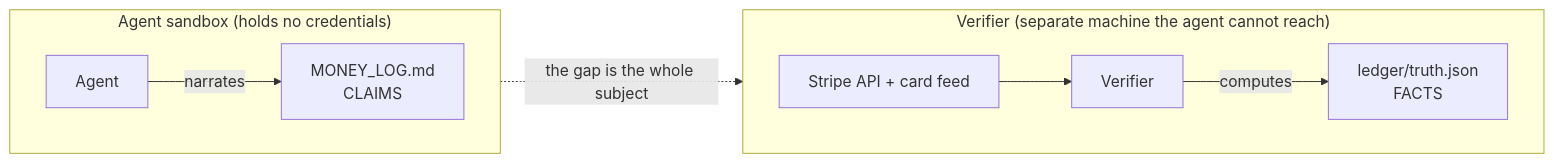
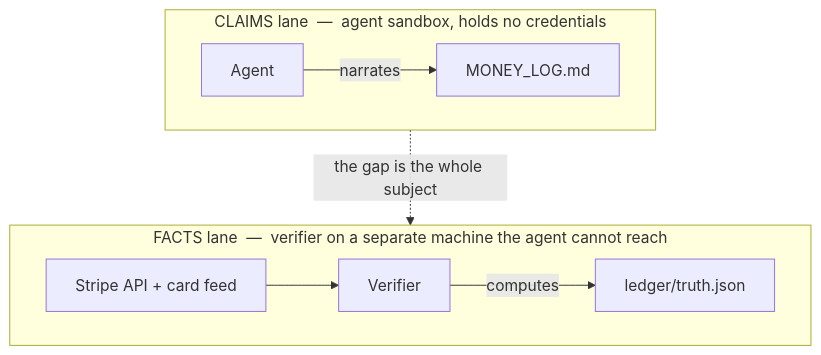
One commit to ImmortalDemonGod/money-agent changed the diagram in .github/assets/invariant.mmd. Above: the diagram before and after it, drawn with Mermaid. The commit also changed 1 other file, not shown here.

Commit message:
README diagram: re-render readable (taller two-lane, larger font)
The prior invariant.png was a ~10:1-wide ribbon, so at width=900 the text
downscaled to ~87px tall and was unreadable. Re-render as a stacked two-lane
layout (CLAIMS lane over FACTS lane, dotted "the gap" connector) at 26px
monospace: 1568x698, which displays ~900x400 and reads clearly.

Claude-Session: https://claude.ai/code/session_014Hq5vD47gAUMgtKtNvVi5X

```diff
--- a/.github/assets/invariant.mmd
+++ b/.github/assets/invariant.mmd
@@ -1,11 +1,10 @@
-flowchart LR
-    subgraph SANDBOX["Agent sandbox (holds no credentials)"]
+flowchart TB
+    subgraph CLAIMS["CLAIMS lane &nbsp;&mdash;&nbsp; agent sandbox, holds no credentials"]
         direction LR
-        A["Agent"] -->|narrates| C["MONEY_LOG.md<br/>CLAIMS"]
+        A["Agent"] -->|narrates| C["MONEY_LOG.md"]
     end
-    subgraph OUTSIDE["Verifier (separate machine the agent cannot reach)"]
+    subgraph FACTS["FACTS lane &nbsp;&mdash;&nbsp; verifier on a separate machine the agent cannot reach"]
         direction LR
-        S["Stripe API + card feed"] --> V["Verifier"]
-        V -->|computes| T["ledger/truth.json<br/>FACTS"]
+        S["Stripe API + card feed"] --> V["Verifier"] -->|computes| T["ledger/truth.json"]
     end
-    C -.->|the gap is the whole subject| T
+    C -.->|"the gap is the whole subject"| S
```
